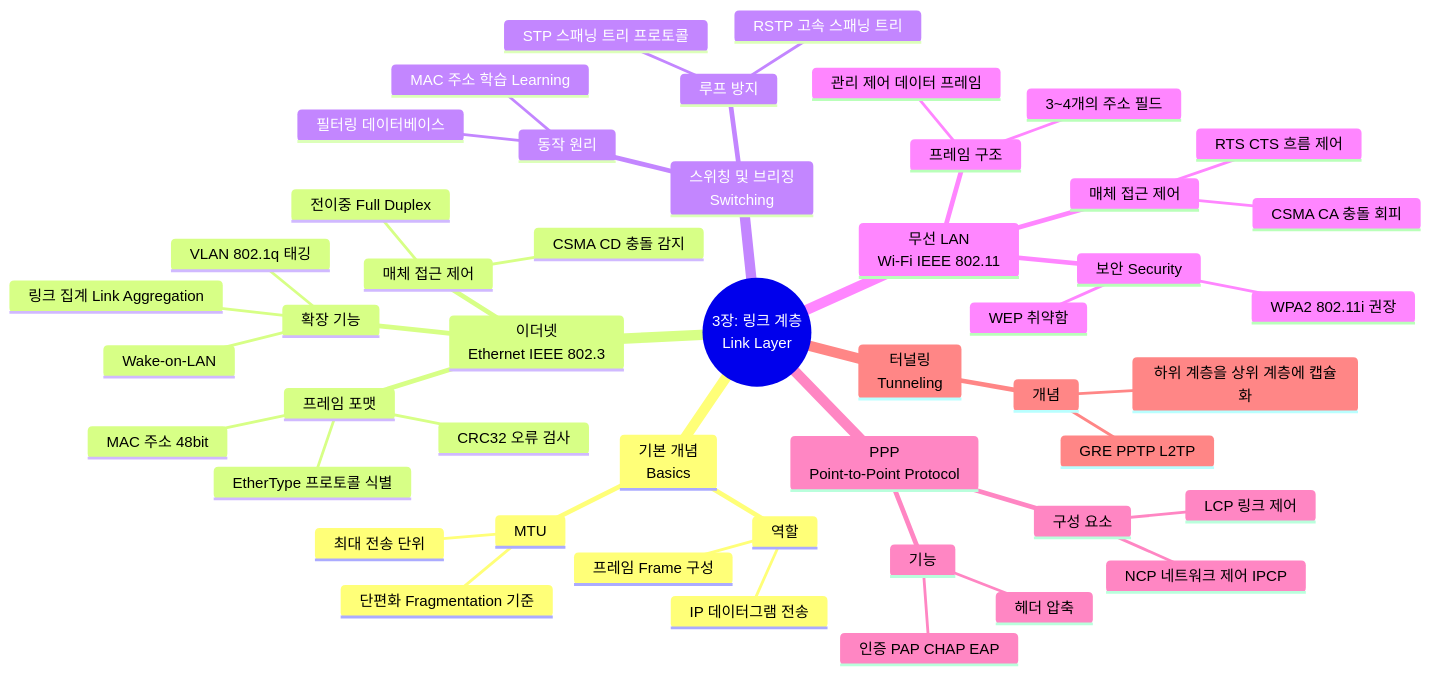
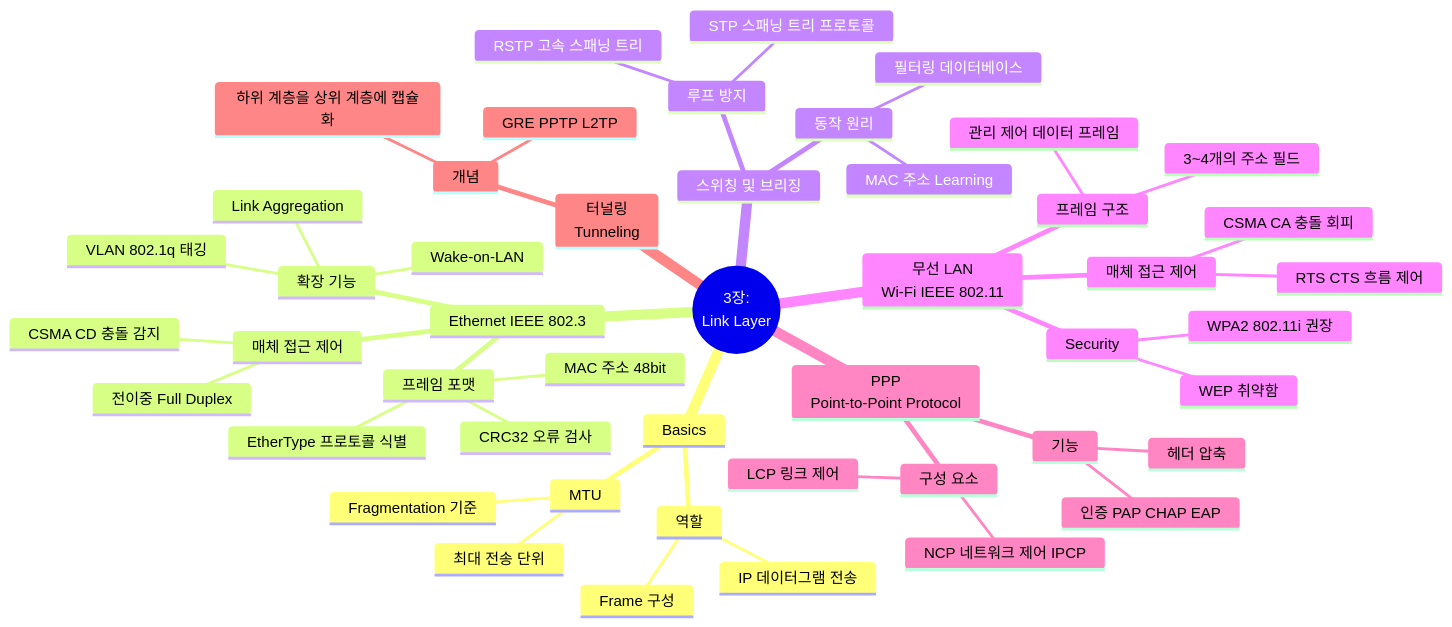
Before and after one commit to youngmin-gwon/what-i-studied: the diagram in 01_inbox/books/tcp_ip_illustrated_1/chapter3.md, drawn with Mermaid. The commit also changed other lines of this file and 3 other files, not shown here.

````diff
--- a/01_inbox/books/tcp_ip_illustrated_1/chapter3.md
+++ b/01_inbox/books/tcp_ip_illustrated_1/chapter3.md
@@ -15,51 +15,51 @@
 ```mermaid
 mindmap
-  root((3장: 링크 계층<br>Link Layer))
-    기본 개념<br>Basics
+  root((3장:<br>Link Layer))
+    Basics
       역할
         IP 데이터그램 전송
-        프레임 Frame 구성
+        Frame 구성
       MTU
         최대 전송 단위
-        단편화 Fragmentation 기준
-    이더넷<br>Ethernet IEEE 802.3
+        Fragmentation 기준
+    Ethernet IEEE 802.3
       매체 접근 제어
         CSMA CD 충돌 감지
         전이중 Full Duplex
       프레임 포맷
         MAC 주소 48bit
         EtherType 프로토콜 식별
         CRC32 오류 검사
       확장 기능
         VLAN 802.1q 태깅
-        링크 집계 Link Aggregation
+        Link Aggregation
         Wake-on-LAN
-    스위칭 및 브리징<br>Switching
+    스위칭 및 브리징
       동작 원리
-        MAC 주소 학습 Learning
+        MAC 주소 Learning
         필터링 데이터베이스
       루프 방지
         STP 스패닝 트리 프로토콜
         RSTP 고속 스패닝 트리
     무선 LAN<br>Wi-Fi IEEE 802.11
       매체 접근 제어
         CSMA CA 충돌 회피
         RTS CTS 흐름 제어
       프레임 구조
         관리 제어 데이터 프레임
         3~4개의 주소 필드
-      보안 Security
+      Security
         WEP 취약함
         WPA2 802.11i 권장
     PPP<br>Point-to-Point Protocol
       구성 요소
         LCP 링크 제어
         NCP 네트워크 제어 IPCP
       기능
         인증 PAP CHAP EAP
         헤더 압축
     터널링<br>Tunneling
       개념
         하위 계층을 상위 계층에 캡슐화
         GRE PPTP L2TP
 ```
````
